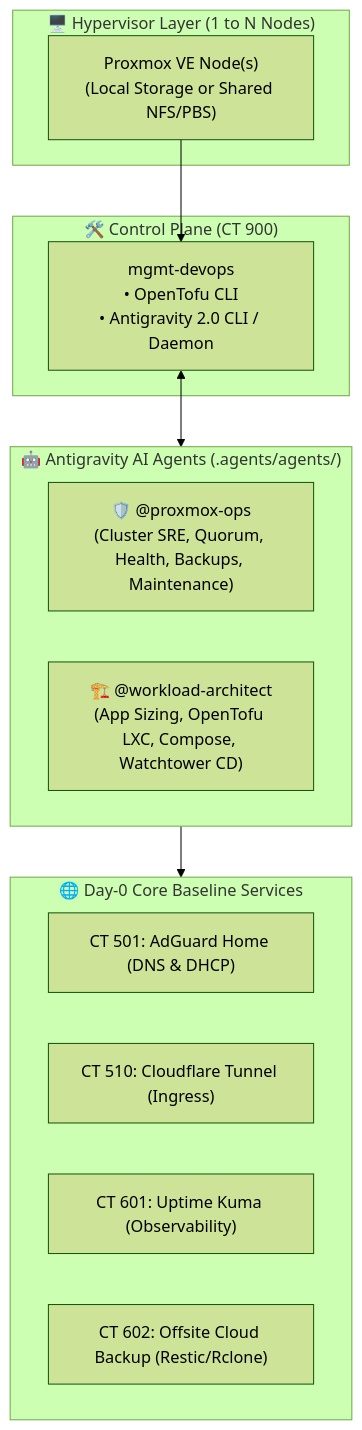
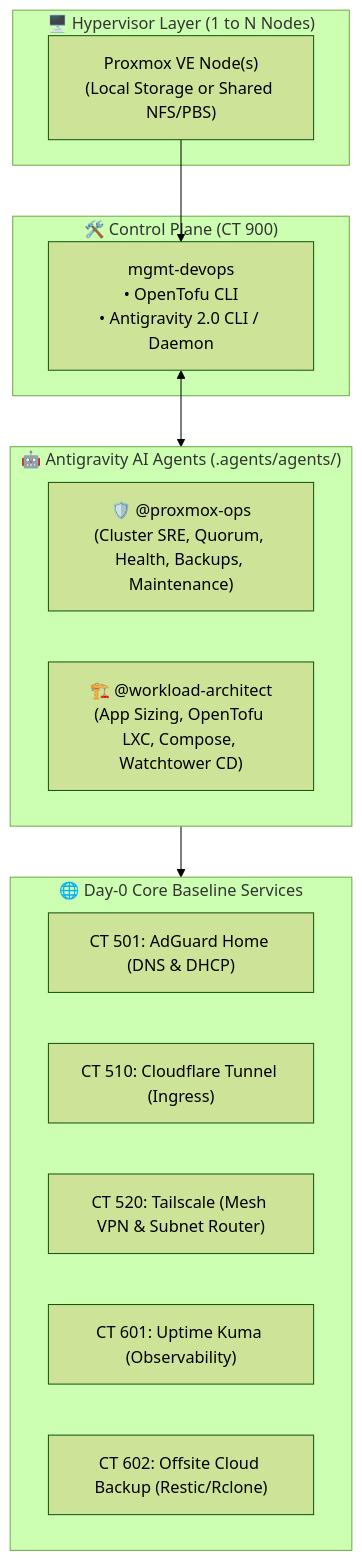
One commit to lambertaurelle/agentic-homelab-iac changed the first of 2 diagrams in README.md. Above: the diagram before and after it, drawn with Mermaid (forest theme). The commit also changed other lines of this file and 29 other files, not shown here.

Commit message:
feat(core): promote Tailscale subnet router, centralize automation library, and harden security (#10)

````diff
--- a/README.md
+++ b/README.md
@@ -26,26 +27,27 @@
 ```mermaid
 flowchart TD
     subgraph HostPlane["🖥️ Hypervisor Layer (1 to N Nodes)"]
         PVE["Proxmox VE Node(s)<br/>(Local Storage or Shared NFS/PBS)"]
     end
 
     subgraph ControlPlane["🛠️ Control Plane (CT 900)"]
         Mgmt["mgmt-devops<br/>• OpenTofu CLI<br/>• Antigravity 2.0 CLI / Daemon"]
     end
 
     subgraph AIPlatform["🤖 Antigravity AI Agents (.agents/agents/)"]
         OpsAgent["🛡️ @proxmox-ops<br/>(Cluster SRE, Quorum, Health, Backups, Maintenance)"]
         ArchAgent["🏗️ @workload-architect<br/>(App Sizing, OpenTofu LXC, Compose, Watchtower CD)"]
     end
 
     subgraph BaselineCore["🌐 Day-0 Core Baseline Services"]
         DNS["CT 501: AdGuard Home (DNS & DHCP)"]
         Ingress["CT 510: Cloudflare Tunnel (Ingress)"]
+        VPN["CT 520: Tailscale (Mesh VPN & Subnet Router)"]
         Kuma["CT 601: Uptime Kuma (Observability)"]
         Backup["CT 602: Offsite Cloud Backup (Restic/Rclone)"]
     end
 
     PVE --> Mgmt
     Mgmt <--> AIPlatform
     AIPlatform --> BaselineCore
 ```
````
